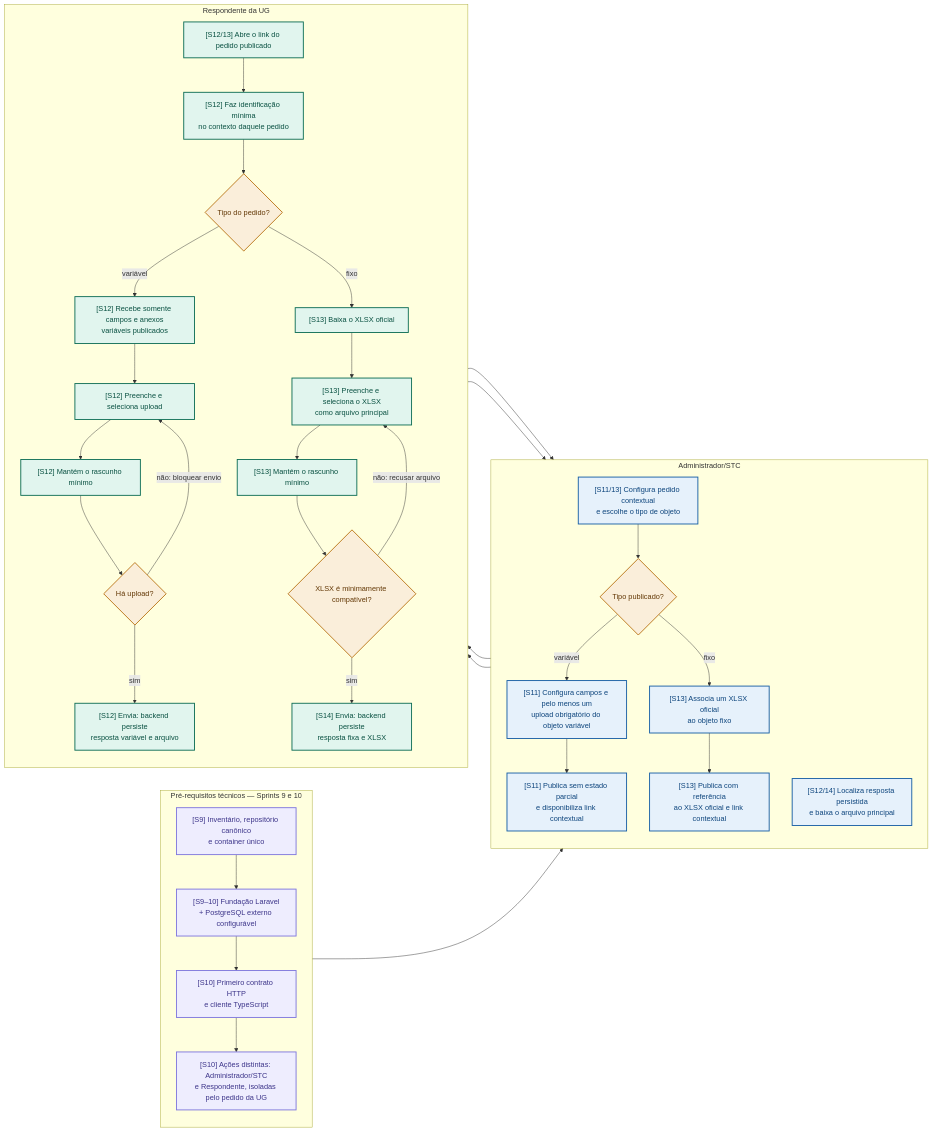
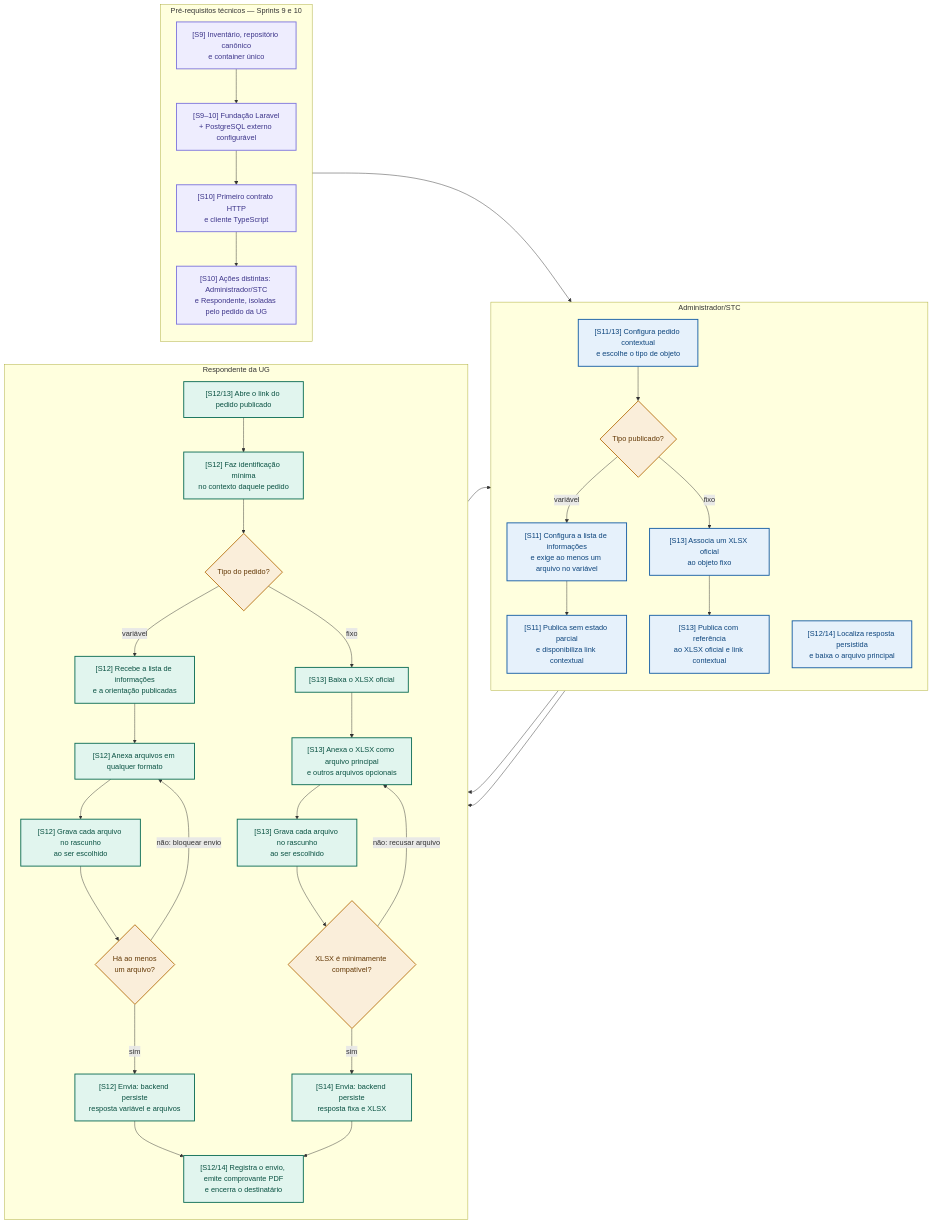
Before and after one commit to EnzoFrazao/agiliza-transparencia-documentos: the diagram in governanca/fluxogramas/backend-v1-handoff.md, drawn with Mermaid. The commit also changed other lines of this file and 14 other files, not shown here.

````diff
--- a/governanca/fluxogramas/backend-v1-handoff.md
+++ b/governanca/fluxogramas/backend-v1-handoff.md
@@ -27,63 +28,66 @@
 ```mermaid
 flowchart LR
   subgraph BASE["Pré-requisitos técnicos — Sprints 9 e 10"]
     direction TB
     B1["[S9] Inventário, repositório canônico<br/>e container único"]
     B2["[S9–10] Fundação Laravel<br/>+ PostgreSQL externo configurável"]
     B3["[S10] Primeiro contrato HTTP<br/>e cliente TypeScript"]
     B4["[S10] Ações distintas: Administrador/STC<br/>e Respondente, isoladas pelo pedido da UG"]
     B1 --> B2 --> B3 --> B4
   end
 
   subgraph STC["Administrador/STC"]
     direction TB
     S1["[S11/13] Configura pedido contextual<br/>e escolhe o tipo de objeto"]
     S2{"Tipo publicado?"}
-    SV["[S11] Configura campos e pelo menos um<br/>upload obrigatório do objeto variável"]
+    SV["[S11] Configura a lista de informações<br/>e exige ao menos um arquivo no variável"]
     SF["[S13] Associa um XLSX oficial<br/>ao objeto fixo"]
     SPV["[S11] Publica sem estado parcial<br/>e disponibiliza link contextual"]
     SPF["[S13] Publica com referência<br/>ao XLSX oficial e link contextual"]
     SR["[S12/14] Localiza resposta persistida<br/>e baixa o arquivo principal"]
   end
 
   subgraph UG["Respondente da UG"]
     direction TB
     R1["[S12/13] Abre o link do pedido publicado"]
     R2["[S12] Faz identificação mínima<br/>no contexto daquele pedido"]
     R3{"Tipo do pedido?"}
 
-    V1["[S12] Recebe somente campos e anexos<br/>variáveis publicados"]
-    V2["[S12] Preenche e seleciona upload"]
-    V3["[S12] Mantém o rascunho mínimo"]
-    V4{"Há upload?"}
-    V5["[S12] Envia: backend persiste<br/>resposta variável e arquivo"]
+    V1["[S12] Recebe a lista de informações<br/>e a orientação publicadas"]
+    V2["[S12] Anexa arquivos em qualquer formato"]
+    V3["[S12] Grava cada arquivo no rascunho<br/>ao ser escolhido"]
+    V4{"Há ao menos<br/>um arquivo?"}
+    V5["[S12] Envia: backend persiste<br/>resposta variável e arquivos"]
 
     F1["[S13] Baixa o XLSX oficial"]
-    F2["[S13] Preenche e seleciona o XLSX<br/>como arquivo principal"]
-    F3["[S13] Mantém o rascunho mínimo"]
+    F2["[S13] Anexa o XLSX como arquivo principal<br/>e outros arquivos opcionais"]
+    F3["[S13] Grava cada arquivo no rascunho<br/>ao ser escolhido"]
     F4{"XLSX é minimamente compatível?"}
     F5["[S14] Envia: backend persiste<br/>resposta fixa e XLSX"]
+
+    RC["[S12/14] Registra o envio, emite comprovante PDF<br/>e encerra o destinatário"]
   end
 
   B4 --> S1 --> S2
   S2 -->|"variável"| SV --> SPV --> R1
   S2 -->|"fixo"| SF --> SPF --> R1
   R1 --> R2 --> R3
 
   R3 -->|"variável"| V1 --> V2 --> V3 --> V4
   V4 -->|"não: bloquear envio"| V2
-  V4 -->|"sim"| V5 --> SR
+  V4 -->|"sim"| V5 --> RC
 
   R3 -->|"fixo"| F1 --> F2 --> F3 --> F4
   F4 -->|"não: recusar arquivo"| F2
-  F4 -->|"sim"| F5 --> SR
+  F4 -->|"sim"| F5 --> RC
+  RC --> SR
 
   classDef base fill:#EEEDFE,stroke:#7F77DD,stroke-width:2px,color:#3C3489;
   classDef stc fill:#E6F1FB,stroke:#185FA5,stroke-width:2px,color:#0C447C;
   classDef ug fill:#E1F5EE,stroke:#0F6E56,stroke-width:2px,color:#085041;
   classDef decision fill:#FAEEDA,stroke:#BA7517,stroke-width:2px,color:#633806;
   class B1,B2,B3,B4 base;
   class S1,SV,SF,SPV,SPF,SR stc;
-  class R1,R2,V1,V2,V3,V5,F1,F2,F3,F5 ug;
+  class R1,R2,V1,V2,V3,V5,F1,F2,F3,F5,RC ug;
   class S2,R3,V4,F4 decision;
 ```
````
